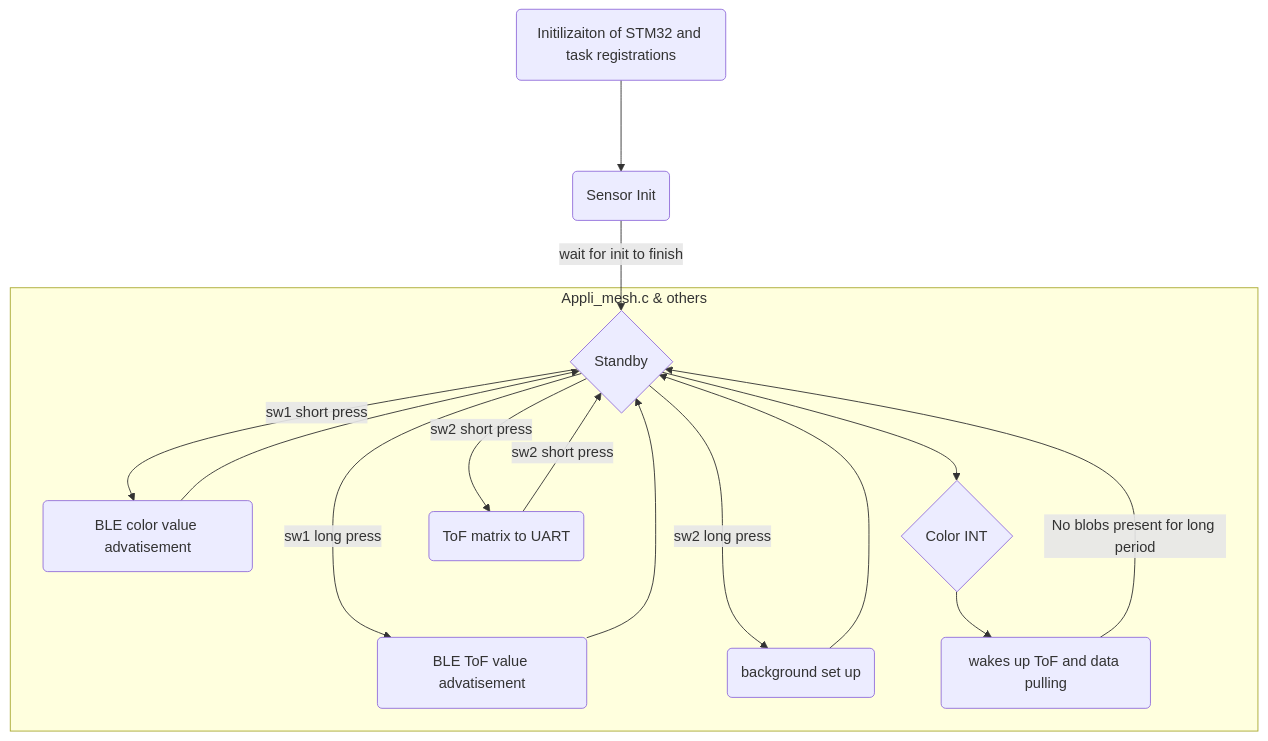
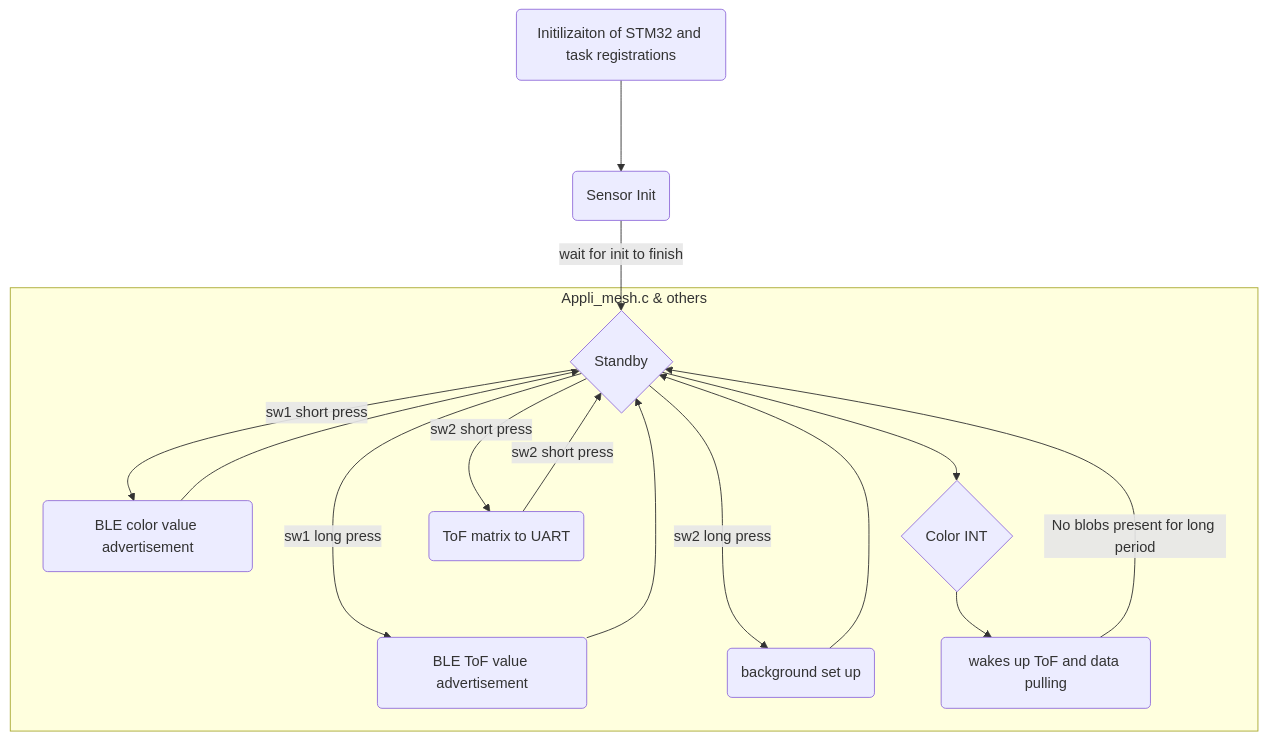
Before and after one commit to LESA-RPI/LESA_OccupancyUnit: the first of 3 diagrams in README.md, drawn with Mermaid.

````diff
--- a/README.md
+++ b/README.md
@@ -31,14 +31,14 @@
 ```mermaid
 graph TD
 boot(Initilizaiton of STM32 and task registrations) ---> init(Sensor Init) --wait for init to finish--> standby{Standby};
 subgraph Appli_mesh.c & others
-standby --sw1 short press--> reply1(BLE color value advatisement);
+standby --sw1 short press--> reply1(BLE color value advertisement);
 reply1-->standby
-standby --sw1 long press--> reply2(BLE ToF value advatisement);
+standby --sw1 long press--> reply2(BLE ToF value advertisement);
 reply2---> standby
 standby --sw2 long press--> base(background set up)---> standby
 standby -->change{Color INT}-->sensor(wakes up ToF and data pulling)--No blobs present for long period-->standby
 standby --sw2 short press--> loopyloop1(ToF matrix to UART)
 loopyloop1--sw2 short press--> standby
 end
 ```
````
